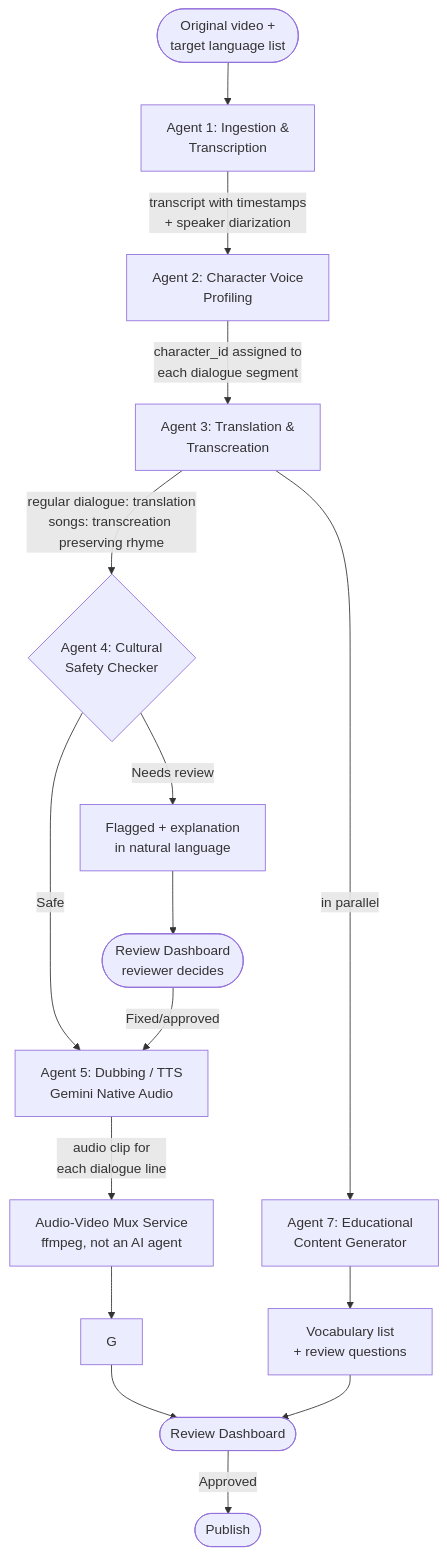
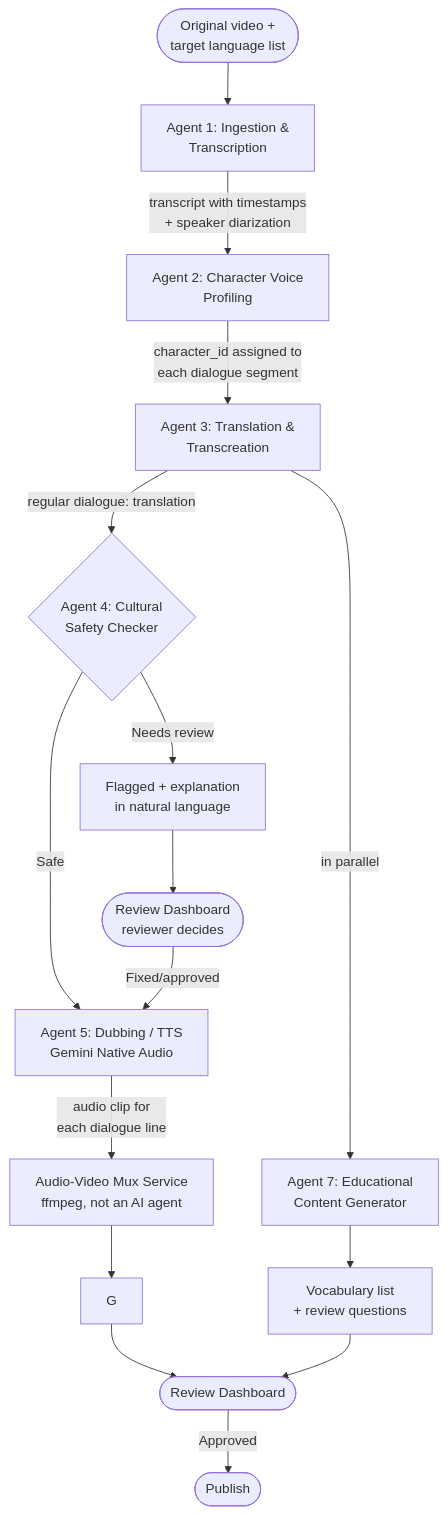
Before and after one commit to datnguyentien0401/xivi-dubbing-video: the diagram in docs/agent-pipeline.md, drawn with Mermaid. The commit also changed other lines of this file and 7 other files, not shown here.

````diff
--- a/docs/agent-pipeline.md
+++ b/docs/agent-pipeline.md
@@ -9,24 +9,24 @@
 ```mermaid
 flowchart TD
     Start([Original video +<br/>target language list]) --> A
 
     A[Agent 1: Ingestion &<br/>Transcription] -->|transcript with timestamps<br/>+ speaker diarization| B
     B[Agent 2: Character Voice<br/>Profiling] -->|character_id assigned to<br/>each dialogue segment| C
-    C[Agent 3: Translation &<br/>Transcreation] -->|regular dialogue: translation<br/>songs: transcreation preserving rhyme| D
+    C[Agent 3: Translation &<br/>Transcreation] -->|regular dialogue: translation| D
 
     D{Agent 4: Cultural<br/>Safety Checker}
     D -->|Safe| E
     D -->|Needs review| D1[Flagged + explanation<br/>in natural language]
     D1 --> Review1([Review Dashboard<br/>reviewer decides])
     Review1 -->|Fixed/approved| E
 
     E[Agent 5: Dubbing / TTS<br/>Gemini Native Audio] -->|audio clip for<br/>each dialogue line| F
     F[Audio-Video Mux Service<br/>ffmpeg, not an AI agent] --> G
 
     C -->|in parallel| H[Agent 7: Educational<br/>Content Generator]
     H --> I[Vocabulary list<br/>+ review questions]
 
     G --> Review2([Review Dashboard])
     I --> Review2
     Review2 -->|Approved| Publish([Publish])
 ```
````
